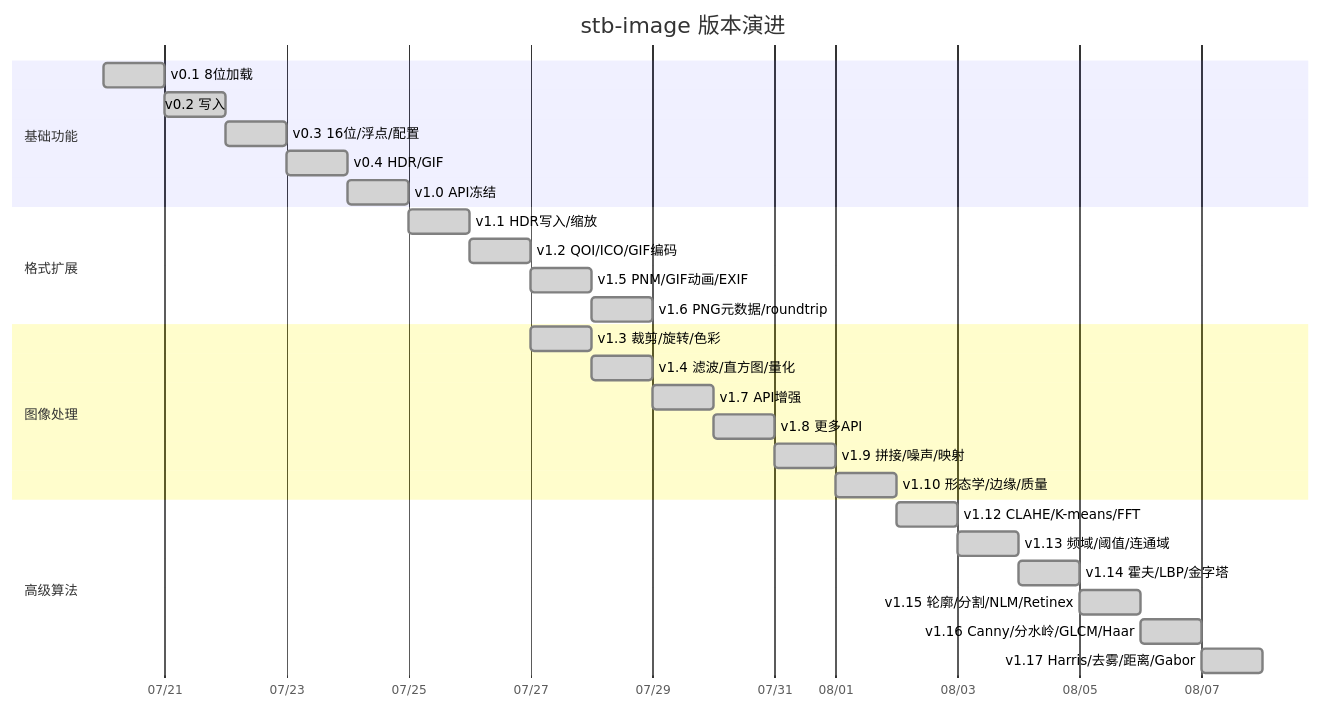
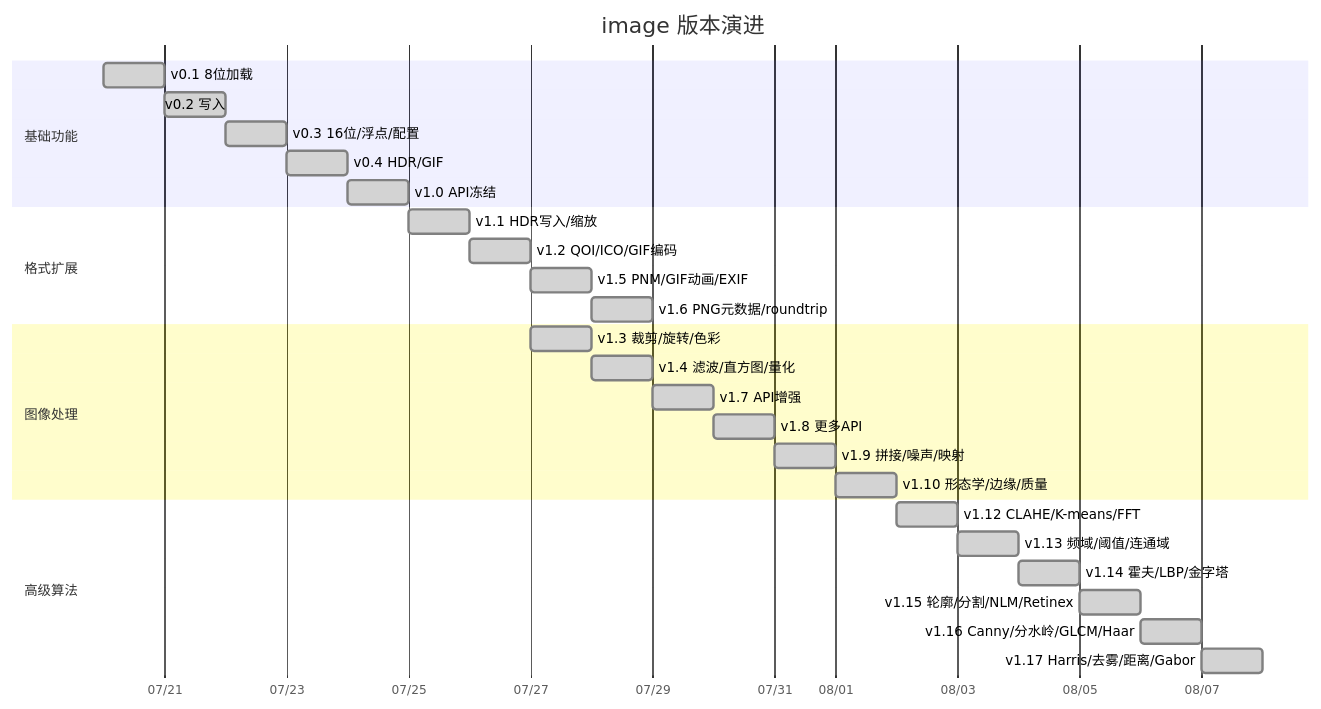
Before and after one commit to toadium/stb-image: the first of 2 diagrams in docs/roadmap.md, drawn with Mermaid. The commit also changed other lines of this file and 274 other files, not shown here.

````diff
--- a/docs/roadmap.md
+++ b/docs/roadmap.md
@@ -10,35 +10,35 @@
 ```mermaid
 gantt
-    title stb-image 版本演进
+    title image 版本演进
     dateFormat YYYY-MM-DD
     axisFormat %m/%d
 
     section 基础功能
     v0.1 8位加载           :done, v01, 2026-07-20, 1d
     v0.2 写入              :done, v02, after v01, 1d
     v0.3 16位/浮点/配置    :done, v03, after v02, 1d
     v0.4 HDR/GIF           :done, v04, after v03, 1d
     v1.0 API冻结           :done, v10, after v04, 1d
 
     section 格式扩展
     v1.1 HDR写入/缩放      :done, v11, after v10, 1d
     v1.2 QOI/ICO/GIF编码   :done, v12, after v11, 1d
     v1.5 PNM/GIF动画/EXIF  :done, v15, after v12, 1d
     v1.6 PNG元数据/roundtrip :done, v16, after v15, 1d
 
     section 图像处理
     v1.3 裁剪/旋转/色彩    :done, v13, after v12, 1d
     v1.4 滤波/直方图/量化   :done, v14, after v13, 1d
     v1.7 API增强           :done, v17, after v16, 1d
     v1.8 更多API           :done, v18, after v17, 1d
     v1.9 拼接/噪声/映射     :done, v19, after v18, 1d
     v1.10 形态学/边缘/质量  :done, v110, after v19, 1d
 
     section 高级算法
     v1.12 CLAHE/K-means/FFT :done, v112, after v110, 1d
     v1.13 频域/阈值/连通域   :done, v113, after v112, 1d
     v1.14 霍夫/LBP/金字塔    :done, v114, after v113, 1d
     v1.15 轮廓/分割/NLM/Retinex :done, v115, after v114, 1d
     v1.16 Canny/分水岭/GLCM/Haar :done, v116, after v115, 1d
     v1.17 Harris/去雾/距离/Gabor :done, v117, after v116, 1d
 ```
````
